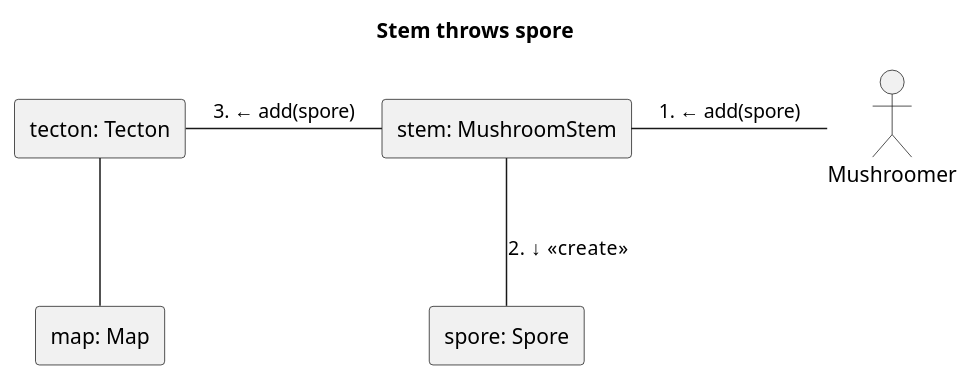
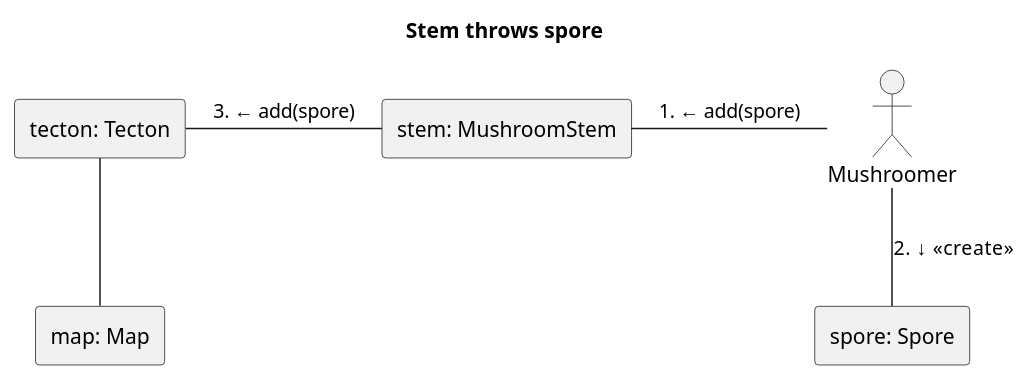
Before and after one commit to Petya-G/fungorium: the diagram in 5/communication_diagrams/mushroomer/throws_spore.puml, drawn with PlantUML.

Commit message:
# update diagrams

```diff
--- a/5/communication_diagrams/mushroomer/throws_spore.puml
+++ b/5/communication_diagrams/mushroomer/throws_spore.puml
@@ -2,17 +2,17 @@
 @startuml Throws spore
 title Stem throws spore
 skinparam linestyle ortho
 actor Mushroomer
 rectangle "map: Map" as 1
 rectangle "tecton: Tecton" as 2.1
 rectangle "spore: Spore" as 4
 rectangle "stem: MushroomStem" as 5
 
 Mushroomer -left- 5: 1. ← add(spore)
-5 -down- 4: 2. ↓ <<create>>
+Mushroomer -down- 4: 2. ↓ <<create>>
 5 -left- 2.1: 3. ← add(spore)
 2.1 -down- 1
 
 
 
 @enduml
```
